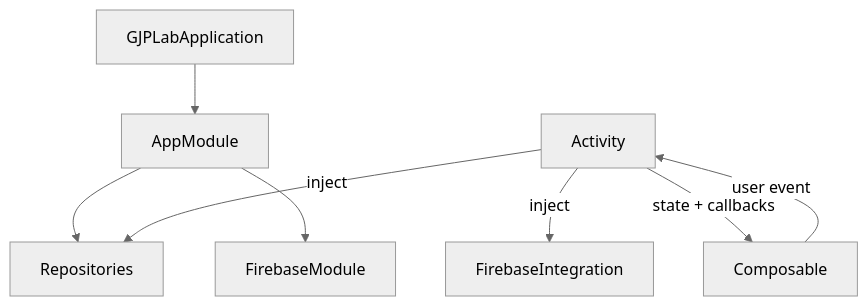
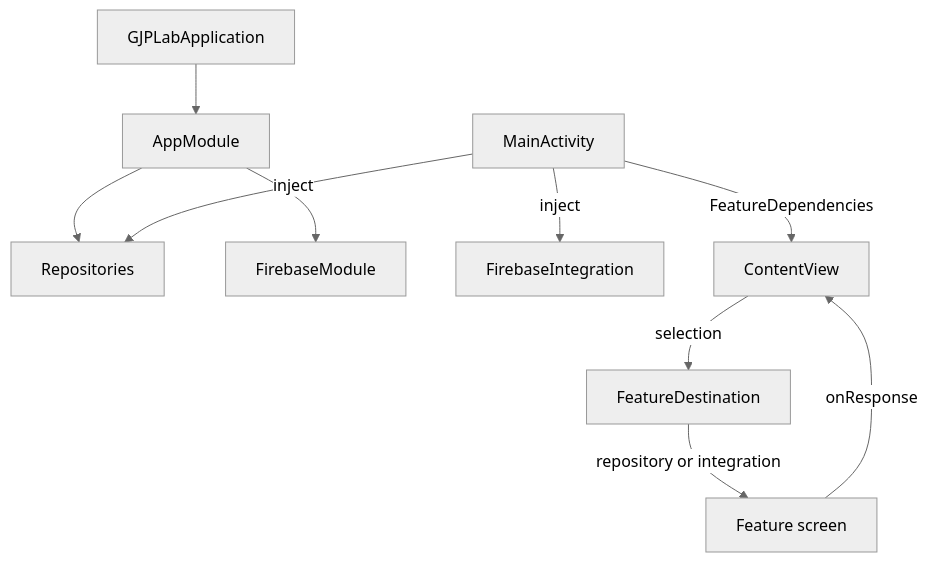
Before and after one commit to gjp-ai/gjp-lab-android-kotlin: the second of 2 diagrams in doc/architecture/application.md, drawn with Mermaid (neutral theme). The commit also changed other lines of this file and 46 other files, not shown here.

````diff
--- a/doc/architecture/application.md
+++ b/doc/architecture/application.md
@@ -53,10 +55,12 @@
 ```mermaid
 flowchart TD
     Application[GJPLabApplication] --> Koin[AppModule]
     Koin --> Repositories
     Koin --> FirebaseModule
-    Activity -->|inject| Repositories
-    Activity -->|inject| FirebaseIntegration
-    Activity -->|state + callbacks| Composable
-    Composable -->|user event| Activity
+    Main[MainActivity] -->|inject| Repositories
+    Main -->|inject| FirebaseIntegration
+    Main -->|FeatureDependencies| Content[ContentView]
+    Content -->|selection| Destination[FeatureDestination]
+    Destination -->|repository or integration| Screen[Feature screen]
+    Screen -->|onResponse| Content
 ```
````
